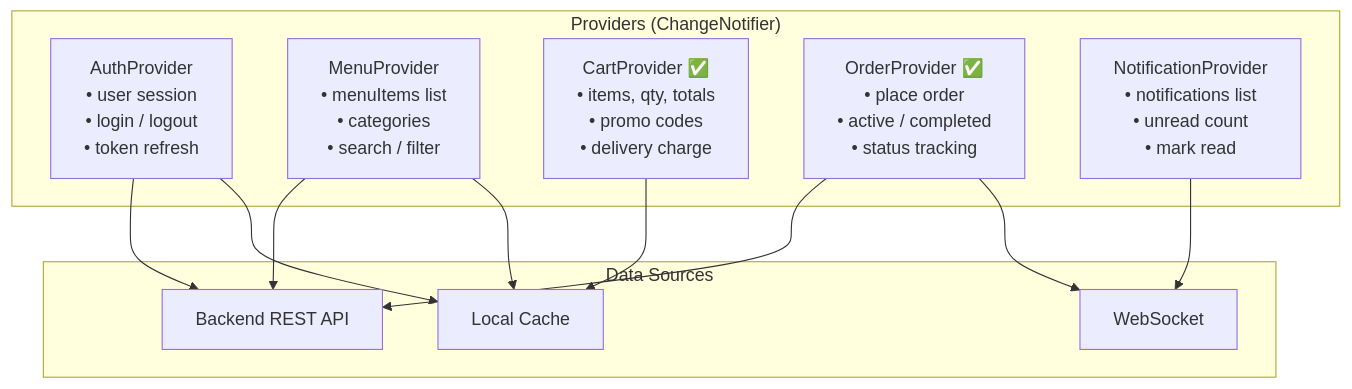
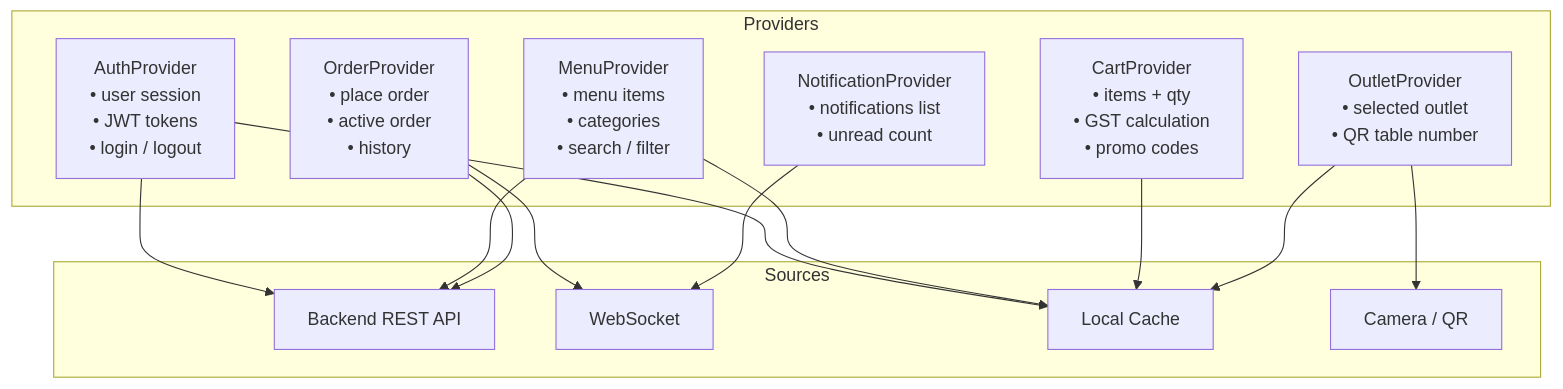
One commit to csanni/frescos-app changed the fourth of 4 diagrams in campus_food_ordering_system/docs/customer_app_system_design.md. Above: the diagram before and after it, drawn with Mermaid. The commit also changed other lines of this file and 3 other files, not shown here.

````diff
--- a/campus_food_ordering_system/docs/customer_app_system_design.md
+++ b/campus_food_ordering_system/docs/customer_app_system_design.md
@@ -323,22 +487,25 @@
 ```mermaid
 graph TB
-    subgraph "Providers (ChangeNotifier)"
-        AP["AuthProvider<br/>• user session<br/>• login / logout<br/>• token refresh"]
-        MP["MenuProvider<br/>• menuItems list<br/>• categories<br/>• search / filter"]
-        CP["CartProvider ✅<br/>• items, qty, totals<br/>• promo codes<br/>• delivery charge"]
-        OP["OrderProvider ✅<br/>• place order<br/>• active / completed<br/>• status tracking"]
-        NP["NotificationProvider<br/>• notifications list<br/>• unread count<br/>• mark read"]
+    subgraph "Providers"
+        AP["AuthProvider<br/>• user session<br/>• JWT tokens<br/>• login / logout"]
+        MP["MenuProvider<br/>• menu items<br/>• categories<br/>• search / filter"]
+        CP["CartProvider<br/>• items + qty<br/>• GST calculation<br/>• promo codes"]
+        OP["OrderProvider<br/>• place order<br/>• active order<br/>• history"]
+        OLP["OutletProvider<br/>• selected outlet<br/>• QR table number"]
+        NP["NotificationProvider<br/>• notifications list<br/>• unread count"]
     end
 
-    subgraph "Data Sources"
+    subgraph "Sources"
         API["Backend REST API"]
         WSS["WebSocket"]
         CACHE["Local Cache"]
+        QR["Camera / QR"]
     end
 
     AP --> API & CACHE
     MP --> API & CACHE
     CP --> CACHE
     OP --> API & WSS
+    OLP --> QR & CACHE
     NP --> WSS
 ```
````
